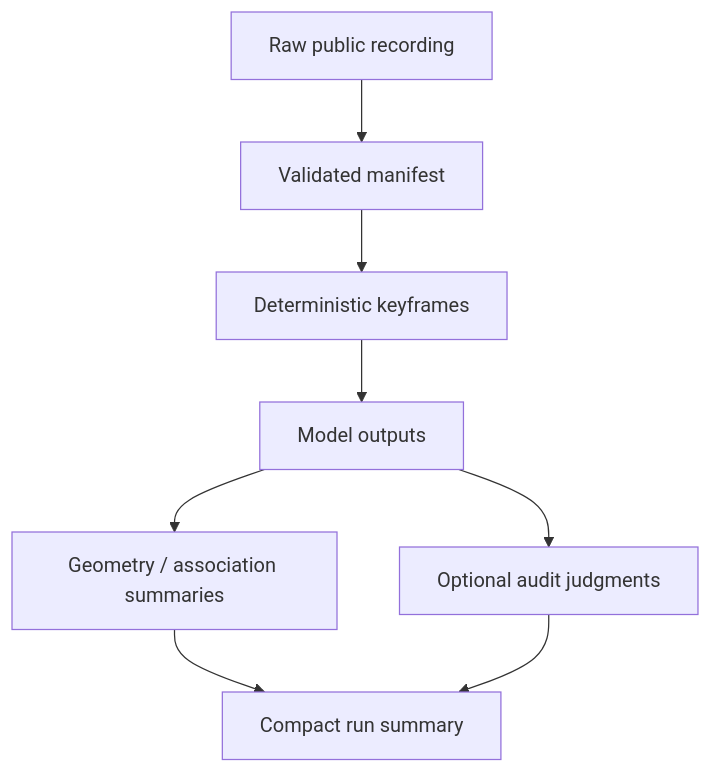
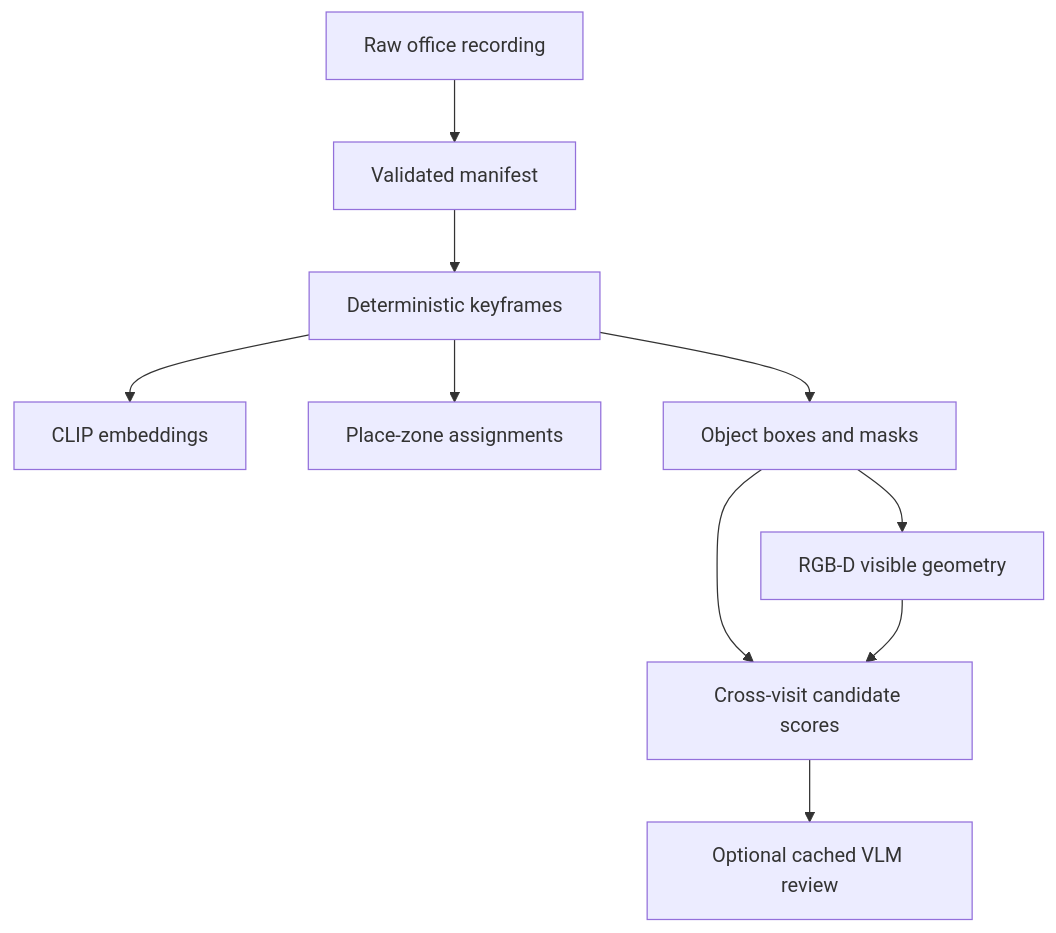
Before and after one commit to madhavpr191221/visual-memory-lab: the second of 2 diagrams in docs/system_design_and_architecture.md, drawn with Mermaid. The commit also changed other lines of this file and 8 other files, not shown here.

````diff
--- a/docs/system_design_and_architecture.md
+++ b/docs/system_design_and_architecture.md
@@ -150,14 +52,21 @@
 ```mermaid
 flowchart TD
-    R[Raw public recording]
+    R[Raw office recording]
     M[Validated manifest]
     K[Deterministic keyframes]
-    X[Model outputs]
-    G[Geometry / association summaries]
-    J[Optional audit judgments]
-    S[Compact run summary]
-    R --> M --> K --> X --> G
+    C[CLIP embeddings]
+    Z[Place-zone assignments]
+    O[Object boxes and masks]
+    G[RGB-D visible geometry]
+    X[Cross-visit candidate scores]
+    J[Optional cached VLM review]
+
+    R --> M --> K
+    K --> C
+    K --> Z
+    K --> O
+    O --> G
+    O --> X
+    G --> X
     X --> J
-    G --> S
-    J --> S
 ```
````
